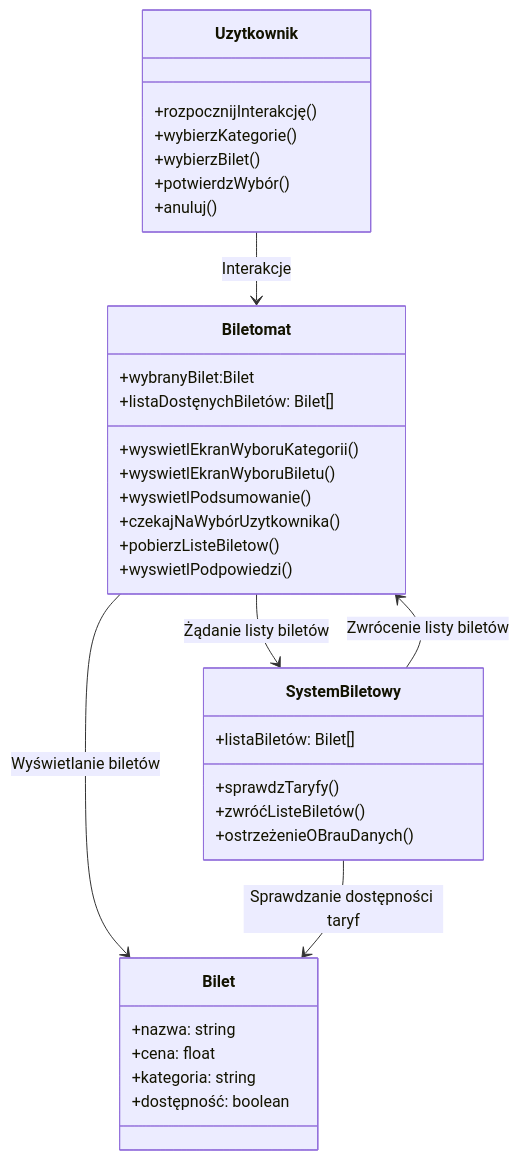
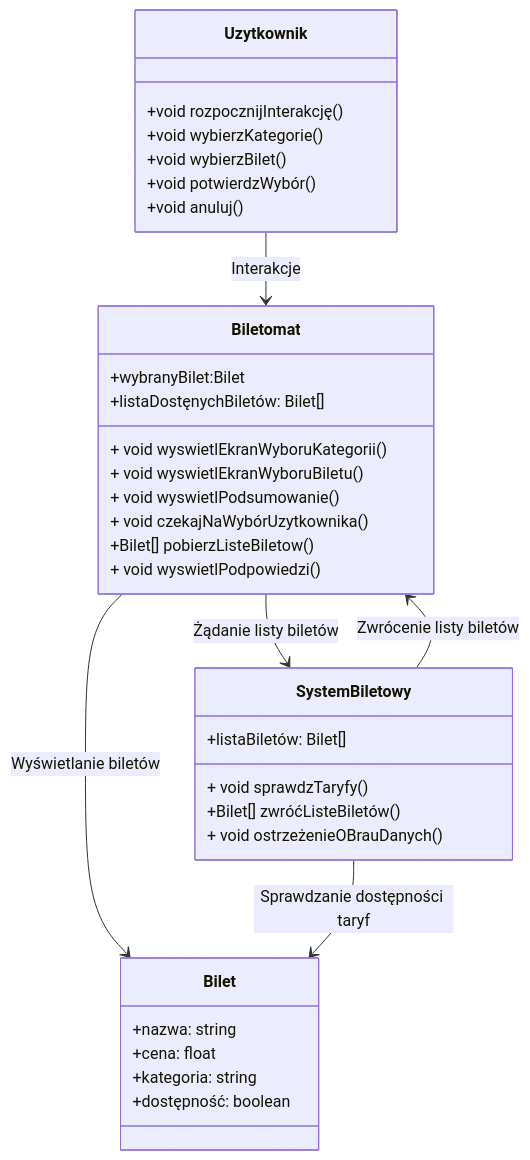
The eighth of 8 diagrams in uzytkownik.md (s3r10us3r/mwo_lab4), drawn with Mermaid before and after one commit.

````diff
--- a/uzytkownik.md
+++ b/uzytkownik.md
@@ -185,41 +185,41 @@
 ```mermaid
 classDiagram
     class Uzytkownik {
-        +rozpocznijInterakcję()
-        +wybierzKategorie()
-        +wybierzBilet()
-        +potwierdzWybór()
-        +anuluj()
+        +void rozpocznijInterakcję()
+        +void wybierzKategorie()
+        +void wybierzBilet()
+        +void potwierdzWybór()
+        +void anuluj()
     }
 
     class Biletomat {
         +wybranyBilet:Bilet
         +listaDostęnychBiletów: Bilet[]
-        +wyswietlEkranWyboruKategorii()
-        +wyswietlEkranWyboruBiletu()
-        +wyswietlPodsumowanie()
-        +czekajNaWybórUzytkownika()
-        +pobierzListeBiletow()
-        +wyswietlPodpowiedzi()
+        + void wyswietlEkranWyboruKategorii()
+        + void wyswietlEkranWyboruBiletu()
+        + void wyswietlPodsumowanie()
+        + void czekajNaWybórUzytkownika()
+        +Bilet[] pobierzListeBiletow()
+        + void wyswietlPodpowiedzi()
     }
 
     class SystemBiletowy {
-        +listaBiletów: Bilet[]
-        +sprawdzTaryfy()
-        +zwróćListeBiletów()
-        +ostrzeżenieOBrauDanych()
+         +listaBiletów: Bilet[]
+        + void sprawdzTaryfy()
+        +Bilet[] zwróćListeBiletów()
+        + void ostrzeżenieOBrauDanych()
     }
 
     class Bilet {
         +nazwa: string
         +cena: float
         +kategoria: string
         +dostępność: boolean
     }
 
     Uzytkownik --> Biletomat : Interakcje
     Biletomat --> SystemBiletowy : Żądanie listy biletów
     SystemBiletowy --> Biletomat : Zwrócenie listy biletów
     Biletomat --> Bilet : Wyświetlanie biletów
-SystemBiletowy --> Bilet: Sprawdzanie dostępności taryf
+    SystemBiletowy --> Bilet : Sprawdzanie dostępności taryf
 ```
````
